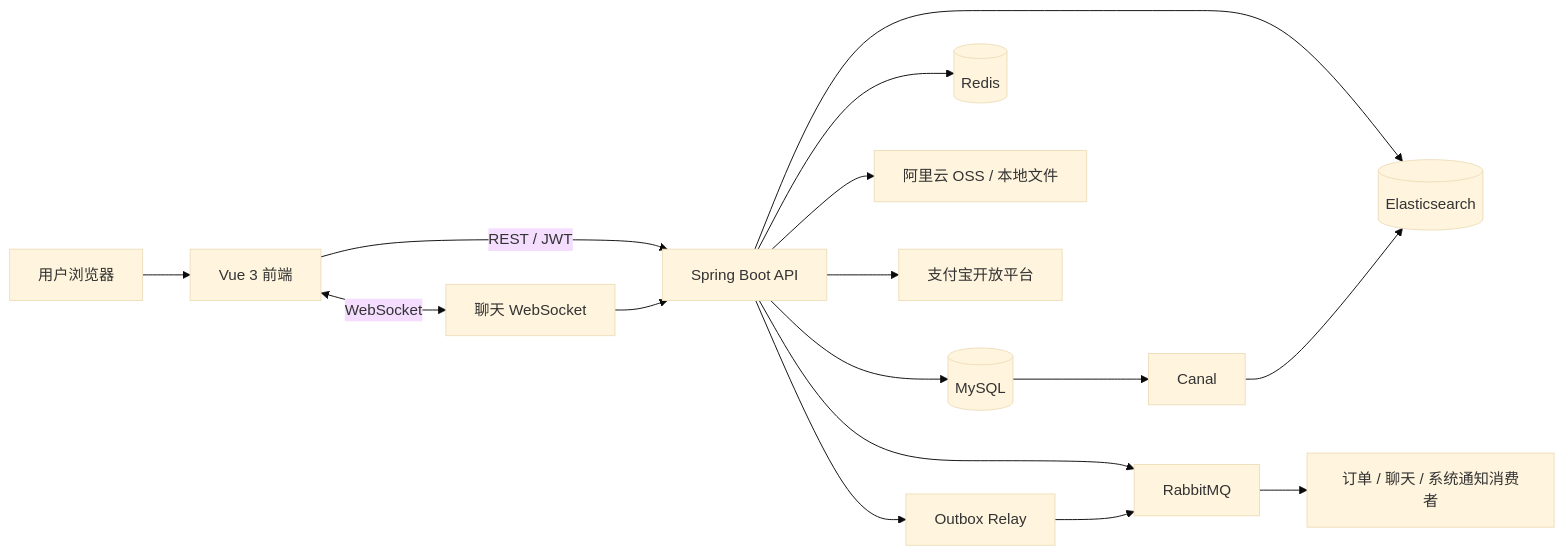
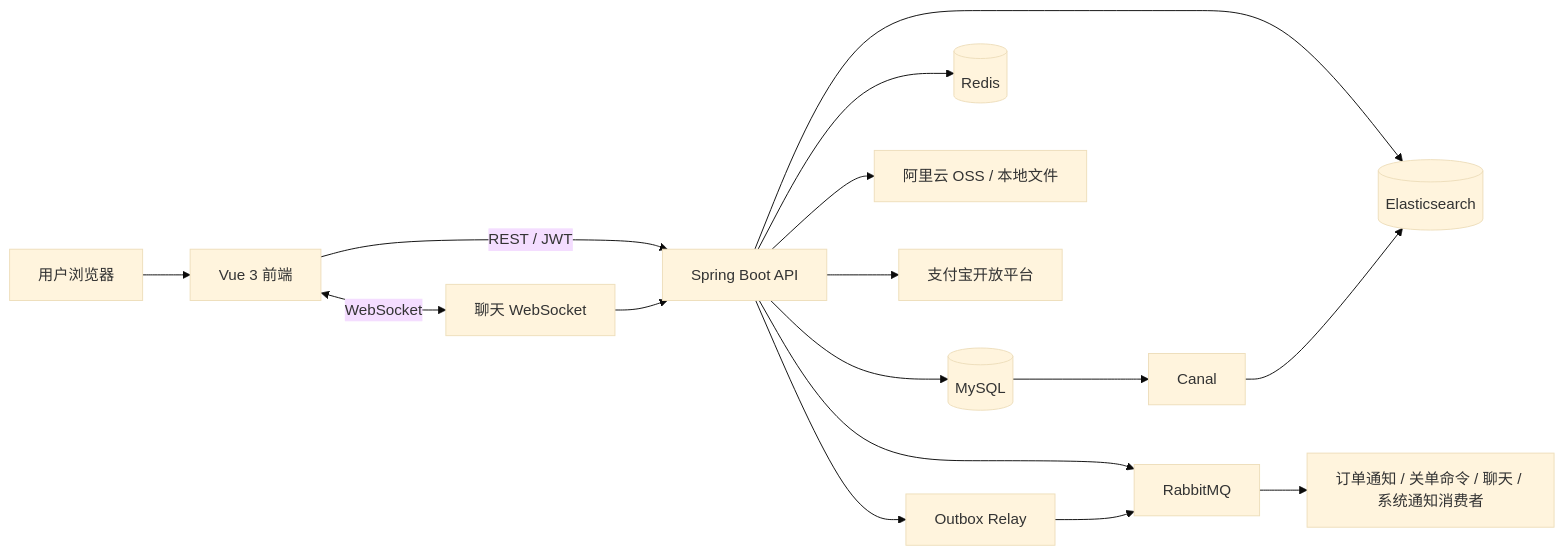
One commit to xjl-cck/second-trade-backend changed the first of 2 diagrams in README.md. Above: the diagram before and after it, drawn with Mermaid (base theme). The commit also changed other lines of this file and 8 other files, not shown here.

````diff
--- a/README.md
+++ b/README.md
@@ -295,18 +300,18 @@
 ```mermaid
 flowchart LR
     U[用户浏览器] --> V[Vue 3 前端]
     V -->|REST / JWT| A[Spring Boot API]
     V <-->|WebSocket| W[聊天 WebSocket]
     W --> A
     A --> M[(MySQL)]
     A --> R[(Redis)]
     A --> E[(Elasticsearch)]
     A --> O[阿里云 OSS / 本地文件]
     A --> P[支付宝开放平台]
     A --> X[RabbitMQ]
     M --> C[Canal]
     C --> E
     A --> B[Outbox Relay]
     B --> X
-    X --> N[订单 / 聊天 / 系统通知消费者]
+    X --> N[订单通知 / 关单命令 / 聊天 / 系统通知消费者]
 ```
````
